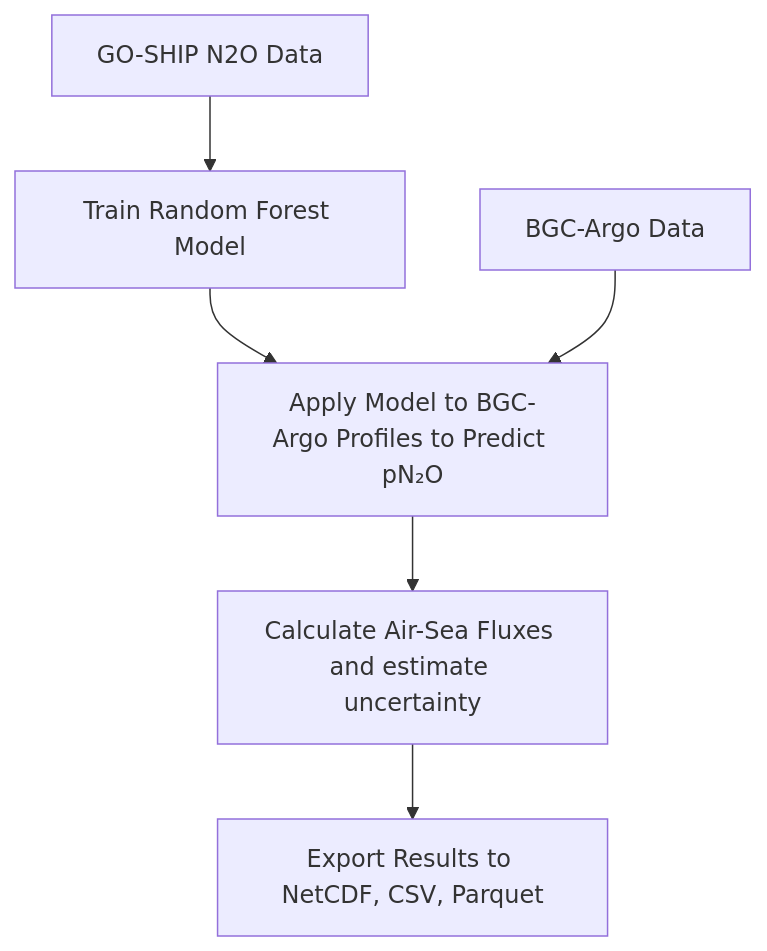
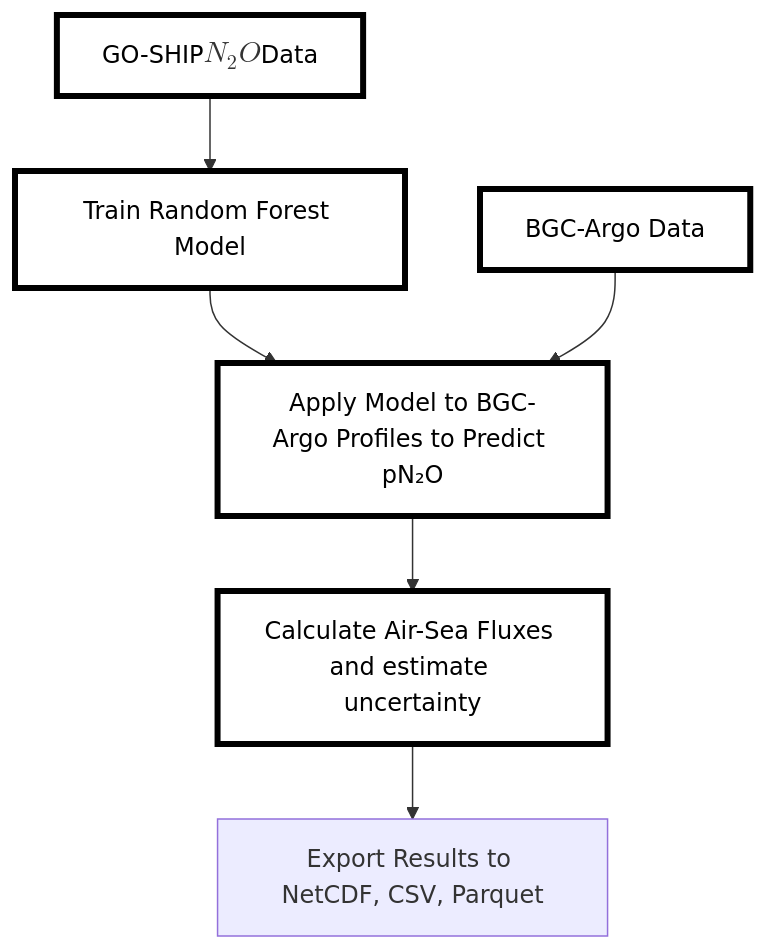
One commit to ckelly314/ml-argo-n2o changed the diagram in README.md. Above: the diagram before and after it, drawn with Mermaid. The commit also changed other lines of this file, not shown here.

````diff
--- a/README.md
+++ b/README.md
@@ -26,8 +26,13 @@
 ```mermaid
 flowchart TD
-    A["GO-SHIP N2O Data"] --> B["Train Random Forest Model"]
+    A["GO-SHIP $$N_2O$$ Data"] --> B["Train Random Forest Model"]
     B --> C["Apply Model to BGC-Argo Profiles to Predict pN₂O"]
     C --> D["Calculate Air-Sea Fluxes and estimate uncertainty"]
     n1["BGC-Argo Data"] --> C
     D --> F["Export Results to NetCDF, CSV, Parquet"]
+    style A color:#000000,fill:#FFFFFF,stroke-width:4px,stroke-dasharray: 0,stroke:#000000
+    style B color:#000000,fill:#FFFFFF,stroke-width:4px,stroke-dasharray: 0,stroke:#000000
+    style C color:#000000,fill:#FFFFFF,stroke-width:4px,stroke-dasharray: 0,stroke:#000000
+    style D color:#000000,fill:#FFFFFF,stroke-width:4px,stroke-dasharray: 0,stroke:#000000
+    style n1 color:#000000,fill:#FFFFFF,stroke-width:4px,stroke-dasharray: 0,stroke:#000000
 ```
````
